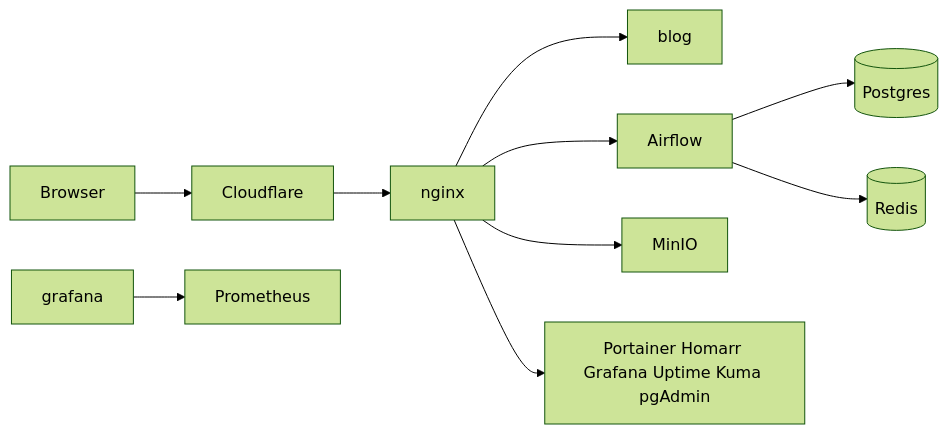
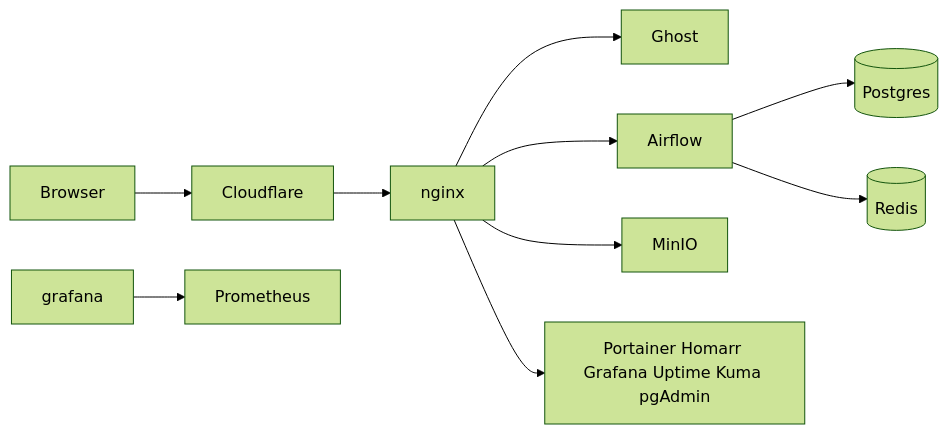
The diagram in README.md (NghiaNguyen170192/my-linux-server), drawn with Mermaid (forest theme) before and after one commit. The commit also changed other lines of this file and 5 other files, not shown here.

First line of the commit message:
Serve Ghost on the main domain instead of the Astro blog.

````diff
--- a/README.md
+++ b/README.md
@@ -9,12 +9,12 @@
 ```mermaid
 flowchart LR
   client[Browser] --> cf[Cloudflare]
   cf --> nginx[nginx]
-  nginx --> blog[blog]
+  nginx --> ghost[Ghost]
   nginx --> airflow[Airflow]
   nginx --> minio[MinIO]
   nginx --> admin[Portainer Homarr Grafana Uptime Kuma pgAdmin]
   airflow --> pg[(Postgres)]
   airflow --> redis[(Redis)]
   grafana --> prom[Prometheus]
 ```
````
